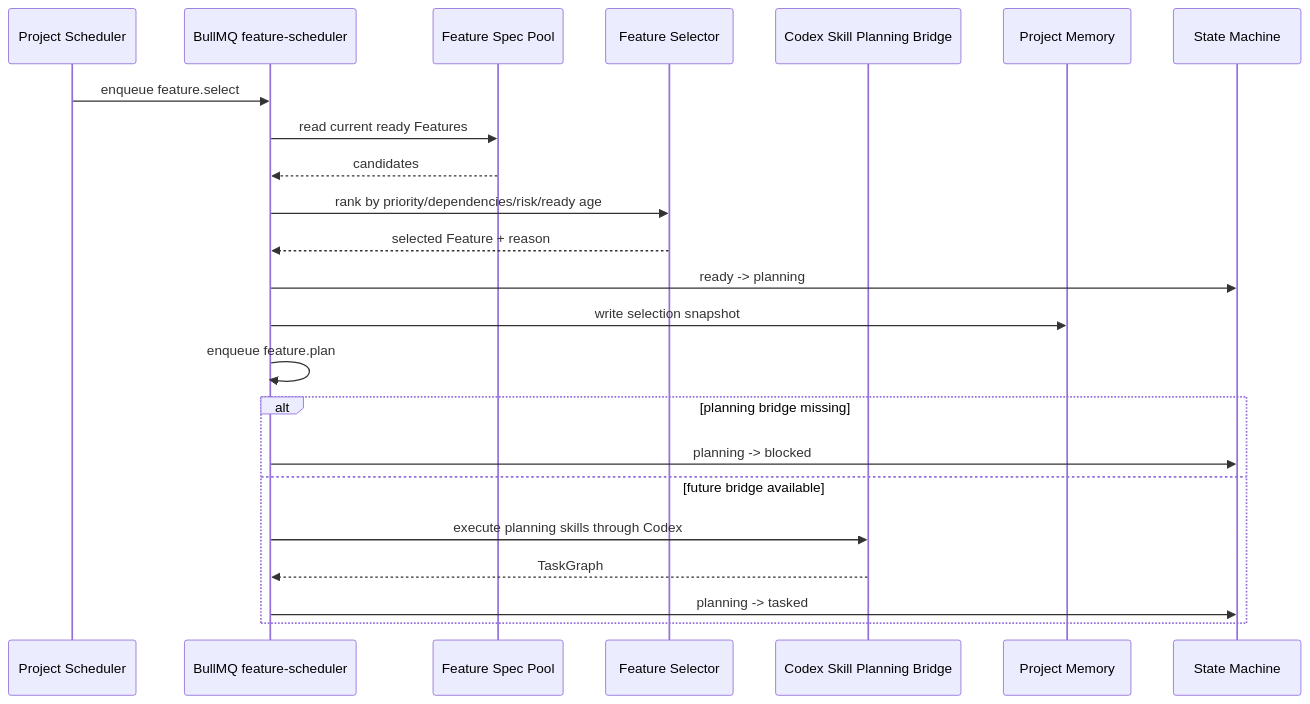
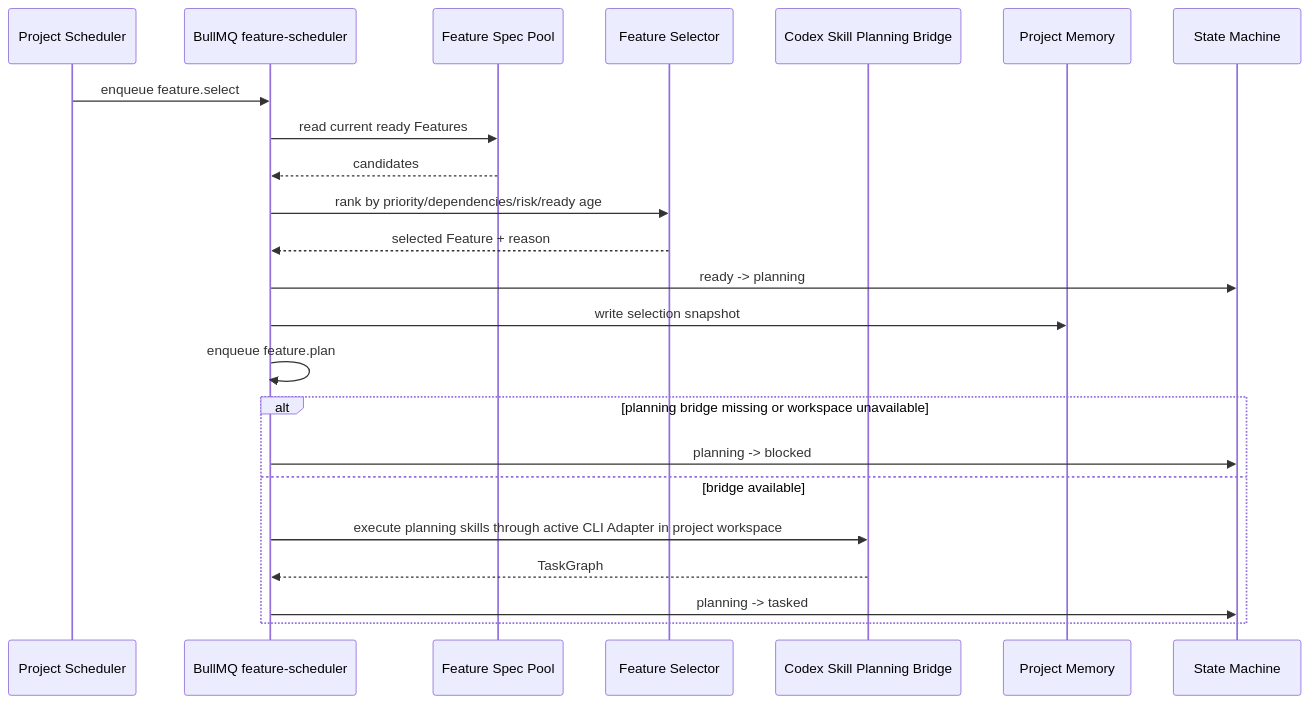
The fourth of 13 diagrams in docs/zh-CN/design.md (songcojp/Spec-Driven-Autonomous-Coding-System), drawn with Mermaid before and after one commit. The commit also changed other lines of this file and 23 other files, not shown here.

Commit message:
feat: add workspace-aware codex skill bridge

````diff
--- a/docs/zh-CN/design.md
+++ b/docs/zh-CN/design.md
@@ -1159,26 +1161,26 @@
 ```mermaid
 sequenceDiagram
   participant PS as Project Scheduler
   participant Q as BullMQ feature-scheduler
   participant Pool as Feature Spec Pool
   participant F as Feature Selector
   participant Plan as Codex Skill Planning Bridge
   participant M as Project Memory
   participant SM as State Machine
 
   PS->>Q: enqueue feature.select
   Q->>Pool: read current ready Features
   Pool-->>Q: candidates
   Q->>F: rank by priority/dependencies/risk/ready age
   F-->>Q: selected Feature + reason
   Q->>SM: ready -> planning
   Q->>M: write selection snapshot
   Q->>Q: enqueue feature.plan
-  alt planning bridge missing
+  alt planning bridge missing or workspace unavailable
     Q->>SM: planning -> blocked
-  else future bridge available
-    Q->>Plan: execute planning skills through Codex
+  else bridge available
+    Q->>Plan: execute planning skills through active CLI Adapter in project workspace
     Plan-->>Q: TaskGraph
     Q->>SM: planning -> tasked
   end
 ```
````
